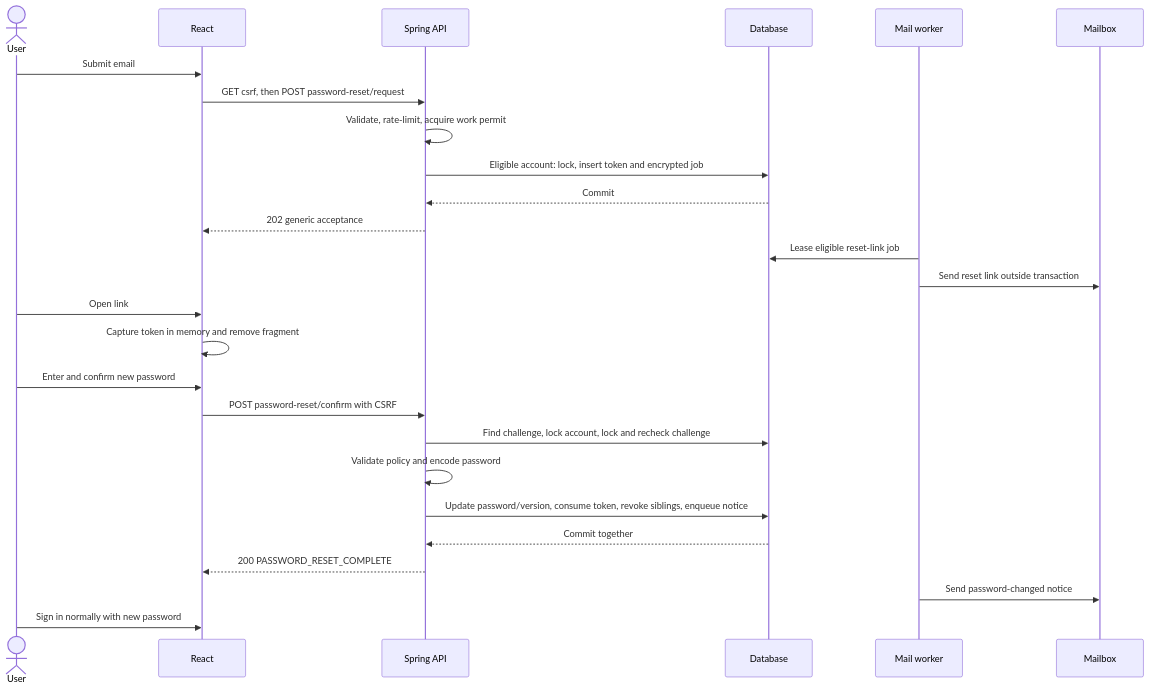
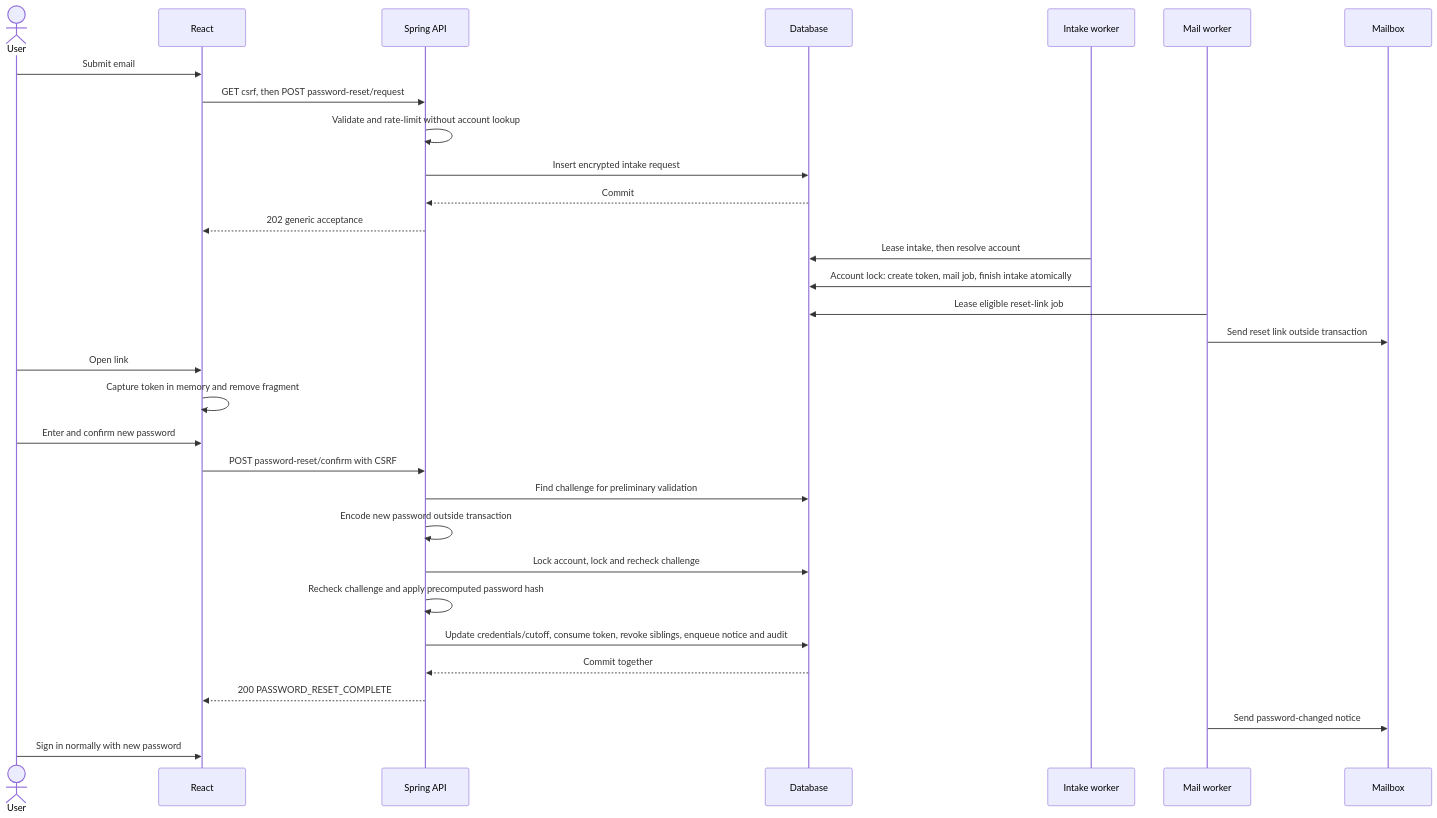
One commit to Jeffreyw7/Internship-Tracker-Demo changed the second of 2 diagrams in docs/superpowers/specs/2026-10-10-password-reset-design.md. Above: the diagram before and after it, drawn with Mermaid. The commit also changed other lines of this file, not shown here.

Commit message:
docs: strengthen password reset production architecture

````diff
--- a/docs/superpowers/specs/2026-10-10-password-reset-design.md
+++ b/docs/superpowers/specs/2026-10-10-password-reset-design.md
@@ -85,28 +91,33 @@
 ```mermaid
 sequenceDiagram
     actor User
     participant UI as React
     participant API as Spring API
     participant DB as Database
+    participant Intake as Intake worker
     participant Worker as Mail worker
     participant Mail as Mailbox
     User->>UI: Submit email
     UI->>API: GET csrf, then POST password-reset/request
-    API->>API: Validate, rate-limit, acquire work permit
-    API->>DB: Eligible account: lock, insert token and encrypted job
+    API->>API: Validate and rate-limit without account lookup
+    API->>DB: Insert encrypted intake request
     DB-->>API: Commit
     API-->>UI: 202 generic acceptance
+    Intake->>DB: Lease intake, then resolve account
+    Intake->>DB: Account lock: create token, mail job, finish intake atomically
     Worker->>DB: Lease eligible reset-link job
     Worker->>Mail: Send reset link outside transaction
     User->>UI: Open link
     UI->>UI: Capture token in memory and remove fragment
     User->>UI: Enter and confirm new password
     UI->>API: POST password-reset/confirm with CSRF
-    API->>DB: Find challenge, lock account, lock and recheck challenge
-    API->>API: Validate policy and encode password
-    API->>DB: Update password/version, consume token, revoke siblings, enqueue notice
+    API->>DB: Find challenge for preliminary validation
+    API->>API: Encode new password outside transaction
+    API->>DB: Lock account, lock and recheck challenge
+    API->>API: Recheck challenge and apply precomputed password hash
+    API->>DB: Update credentials/cutoff, consume token, revoke siblings, enqueue notice and audit
     DB-->>API: Commit together
     API-->>UI: 200 PASSWORD_RESET_COMPLETE
     Worker->>Mail: Send password-changed notice
     User->>UI: Sign in normally with new password
 ```
````
